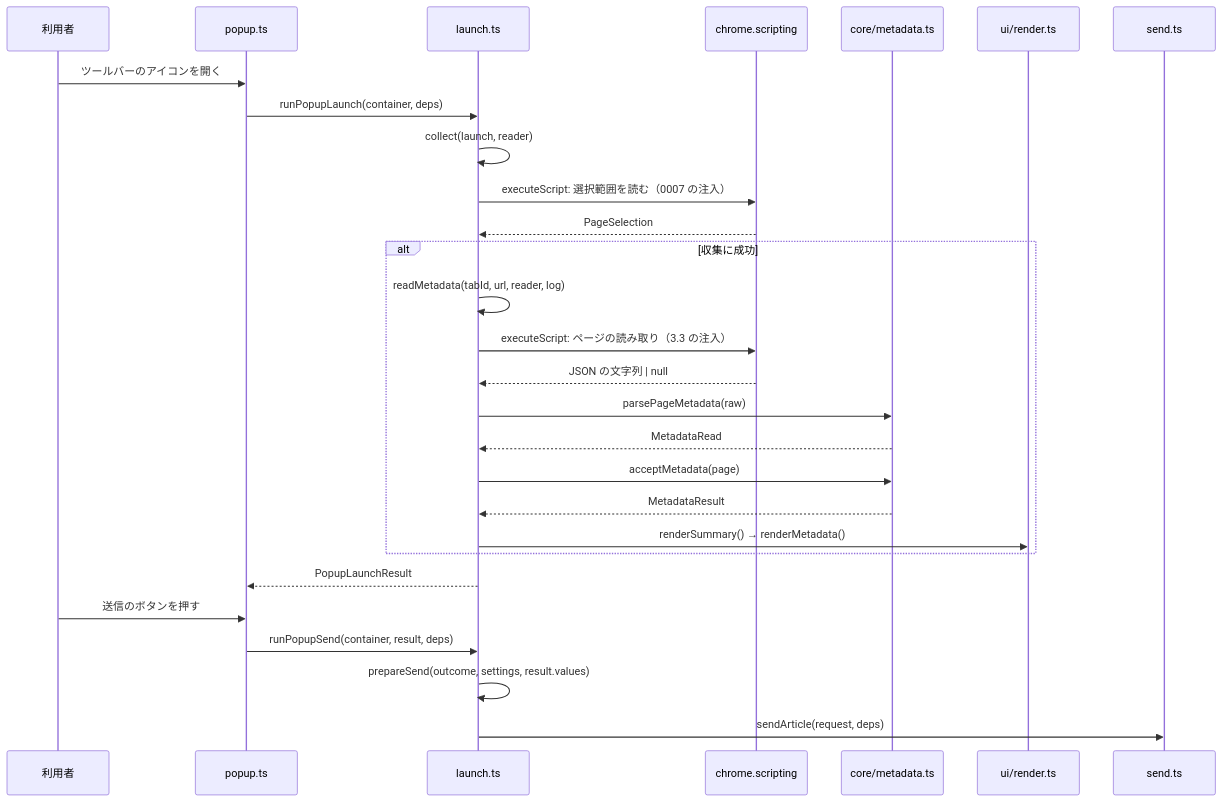
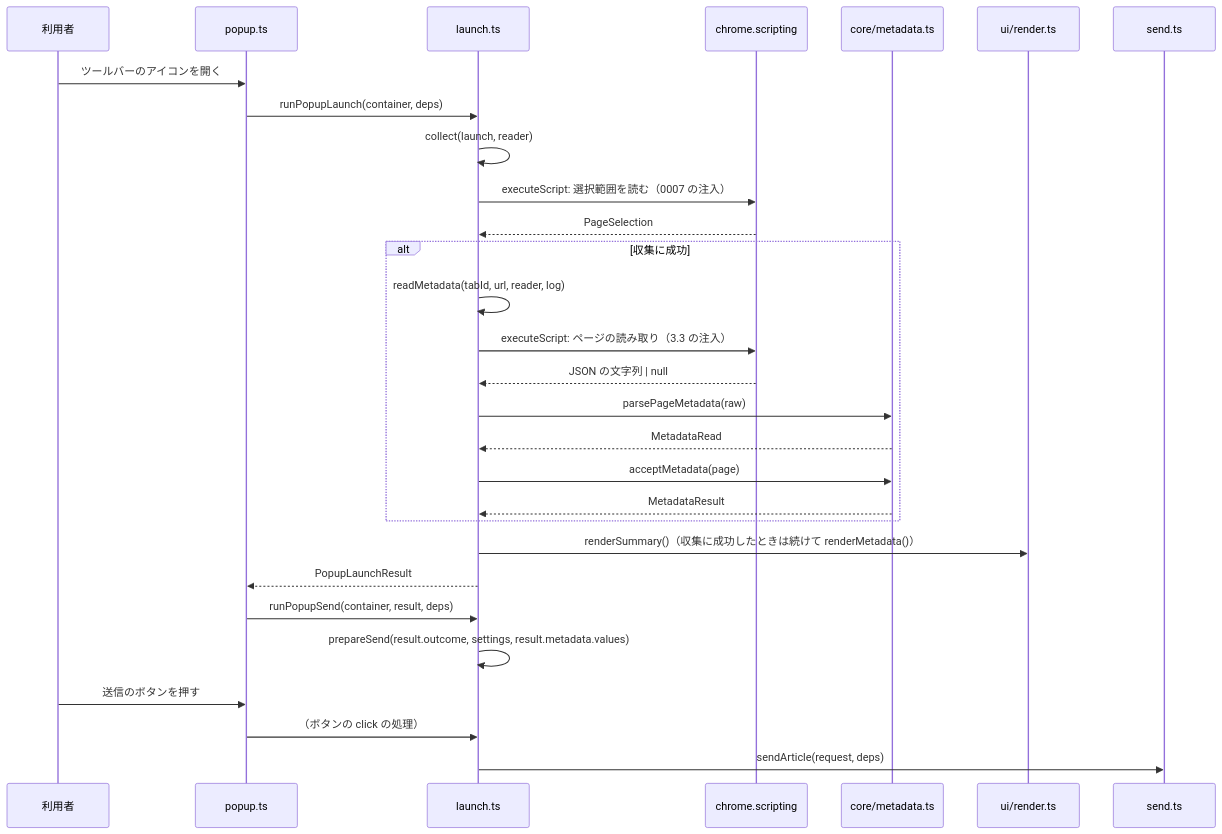
The third of 6 diagrams in docs/tasks/0025_extension_video_metadata/02_architecture.md (isseis/yt2column), drawn with Mermaid before and after one commit. The commit also changed other lines of this file, not shown here.

Commit message:
docs(0025): refine the architecture for the video metadata extension

````diff
--- a/docs/tasks/0025_extension_video_metadata/02_architecture.md
+++ b/docs/tasks/0025_extension_video_metadata/02_architecture.md
@@ -199,31 +201,32 @@
 ```mermaid
 sequenceDiagram
     participant U as 利用者
     participant P as popup.ts
     participant L as launch.ts
     participant S as chrome.scripting
     participant C as core/metadata.ts
     participant R as ui/render.ts
     participant SEND as send.ts
 
     U->>P: ツールバーのアイコンを開く
     P->>L: runPopupLaunch(container, deps)
     L->>L: collect(launch, reader)
     L->>S: executeScript: 選択範囲を読む（0007 の注入）
     S-->>L: PageSelection
     alt 収集に成功
         L->>L: readMetadata(tabId, url, reader, log)
         L->>S: executeScript: ページの読み取り（3.3 の注入）
         S-->>L: JSON の文字列 | null
         L->>C: parsePageMetadata(raw)
         C-->>L: MetadataRead
         L->>C: acceptMetadata(page)
         C-->>L: MetadataResult
-        L->>R: renderSummary() → renderMetadata()
     end
+    L->>R: renderSummary()（収集に成功したときは続けて renderMetadata()）
     L-->>P: PopupLaunchResult
+    P->>L: runPopupSend(container, result, deps)
+    L->>L: prepareSend(result.outcome, settings, result.metadata.values)
     U->>P: 送信のボタンを押す
-    P->>L: runPopupSend(container, result, deps)
-    L->>L: prepareSend(outcome, settings, result.values)
+    P->>L: （ボタンの click の処理）
     L->>SEND: sendArticle(request, deps)
 ```
````
